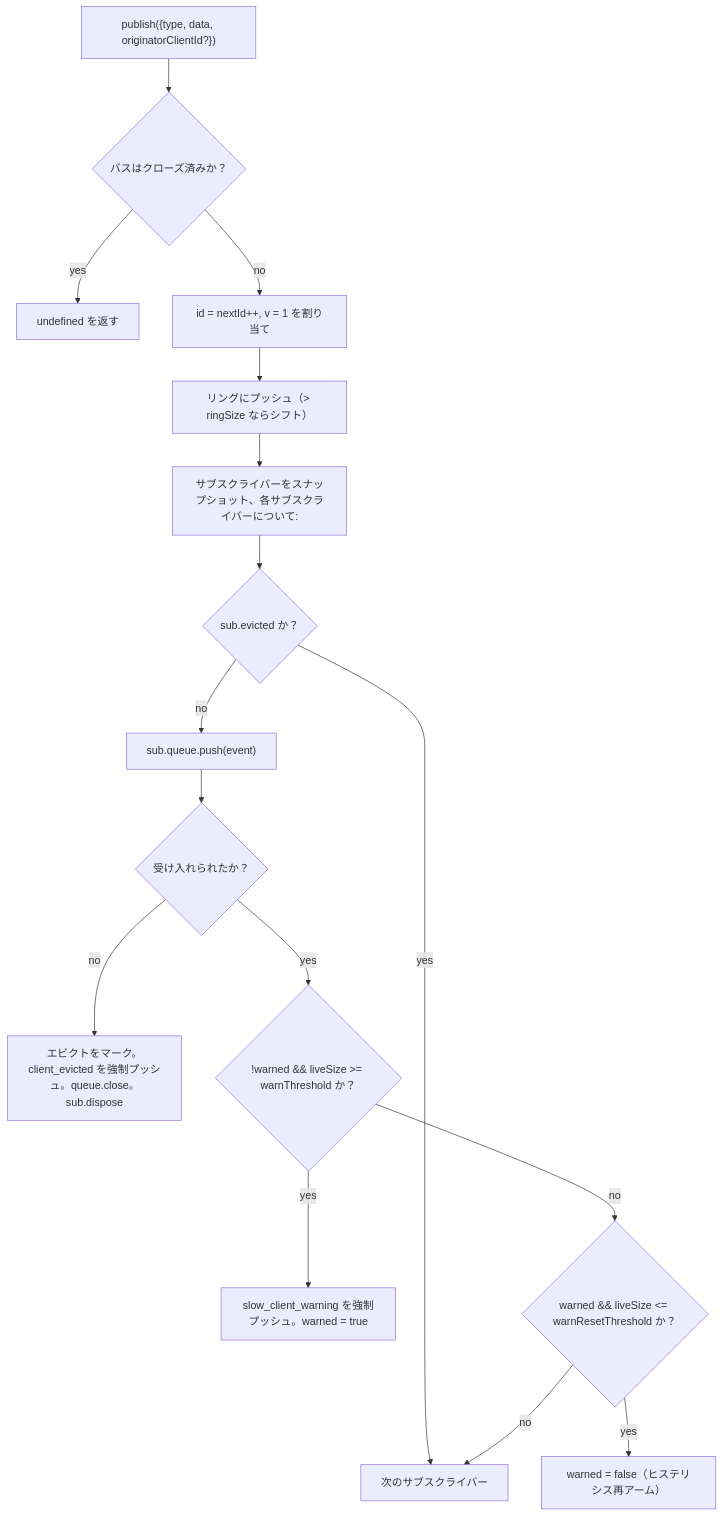
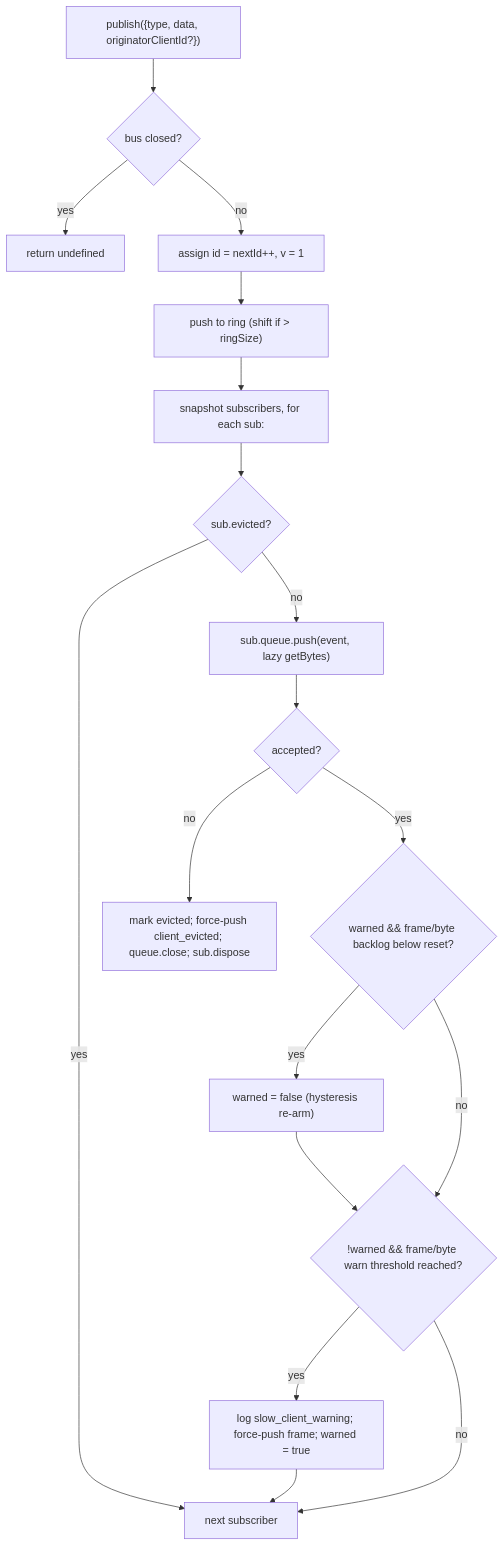
One commit to QwenLM/qwen-code-docs changed the first of 2 diagrams in website/content/ja/developers/daemon/10-event-bus.md. Above: the diagram before and after it, drawn with Mermaid. The commit also changed other lines of this file and 128 other files, not shown here.

````diff
--- a/website/content/ja/developers/daemon/10-event-bus.md
+++ b/website/content/ja/developers/daemon/10-event-bus.md
@@ -70,18 +74,20 @@
 ```mermaid
 flowchart TD
-    P["publish({type, data, originatorClientId?})"] --> C{"バスはクローズ済みか？"}
-    C -->|yes| RU["undefined を返す"]
-    C -->|no| AID["id = nextId++, v = 1 を割り当て"]
-    AID --> PR["リングにプッシュ（> ringSize ならシフト）"]
-    PR --> FAN["サブスクライバーをスナップショット、各サブスクライバーについて:"]
-    FAN --> EVCK{"sub.evicted か？"}
-    EVCK -->|yes| NEXT[次のサブスクライバー]
-    EVCK -->|no| PUSH["sub.queue.push(event)"]
-    PUSH --> OK{"受け入れられたか？"}
-    OK -->|no| EVICT["エビクトをマーク。client_evicted を強制プッシュ。queue.close。sub.dispose"]
-    OK -->|yes| WARN{"!warned && liveSize >= warnThreshold か？"}
-    WARN -->|yes| FW["slow_client_warning を強制プッシュ。warned = true"]
-    WARN -->|no| RES{"warned && liveSize <= warnResetThreshold か？"}
-    RES -->|yes| RA["warned = false（ヒステリシス再アーム）"]
-    RES -->|no| NEXT
+    P["publish({type, data, originatorClientId?})"] --> C{"bus closed?"}
+    C -->|yes| RU["return undefined"]
+    C -->|no| AID["assign id = nextId++, v = 1"]
+    AID --> PR["push to ring (shift if > ringSize)"]
+    PR --> FAN["snapshot subscribers, for each sub:"]
+    FAN --> EVCK{"sub.evicted?"}
+    EVCK -->|yes| NEXT[next subscriber]
+    EVCK -->|no| PUSH["sub.queue.push(event, lazy getBytes)"]
+    PUSH --> OK{"accepted?"}
+    OK -->|no| EVICT["mark evicted; force-push client_evicted; queue.close; sub.dispose"]
+    OK -->|yes| RES{"warned && frame/byte backlog below reset?"}
+    RES -->|yes| RA["warned = false (hysteresis re-arm)"]
+    RES -->|no| WARN{"!warned && frame/byte warn threshold reached?"}
+    RA --> WARN
+    WARN -->|yes| FW["log slow_client_warning; force-push frame; warned = true"]
+    WARN -->|no| NEXT
+    FW --> NEXT
 ```
````
